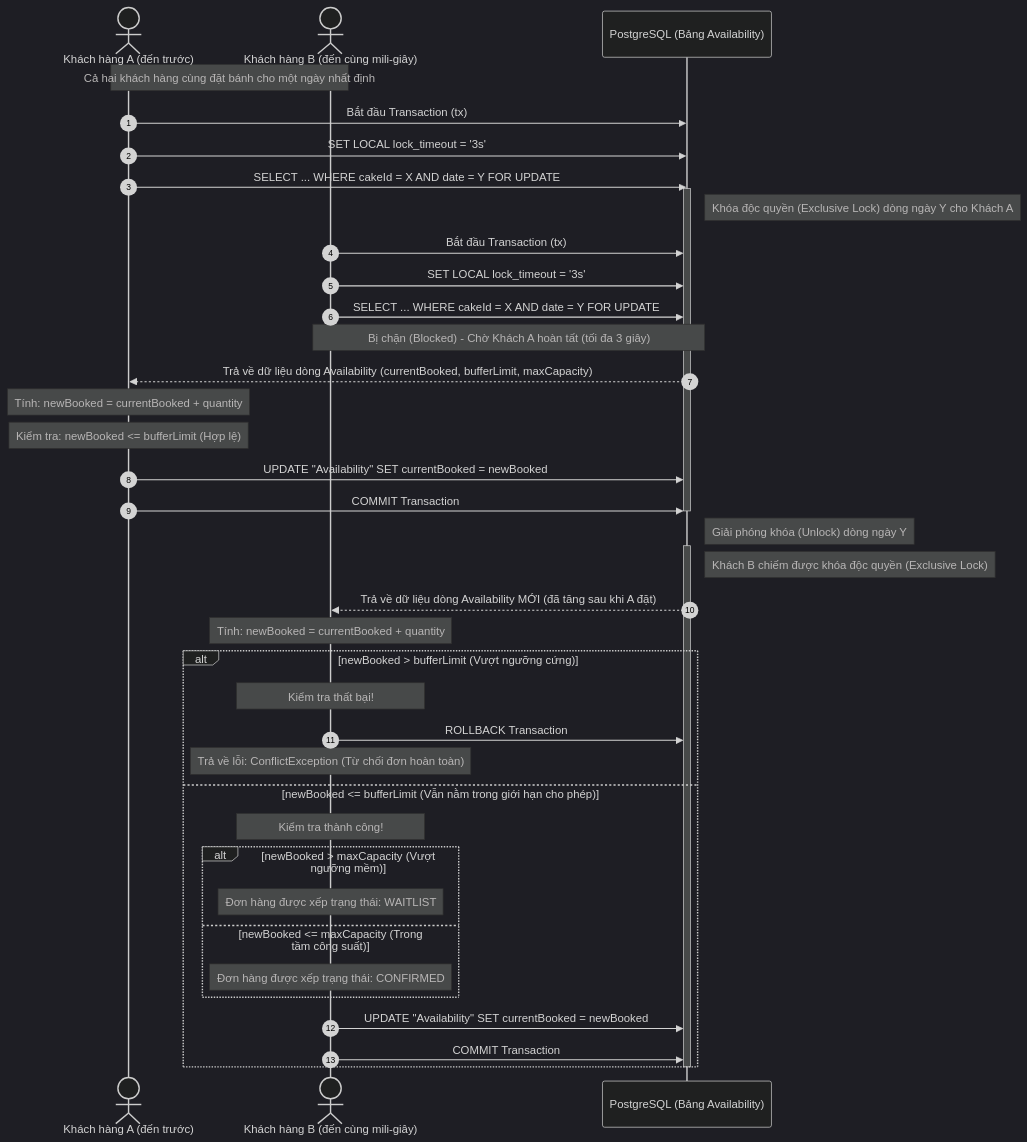
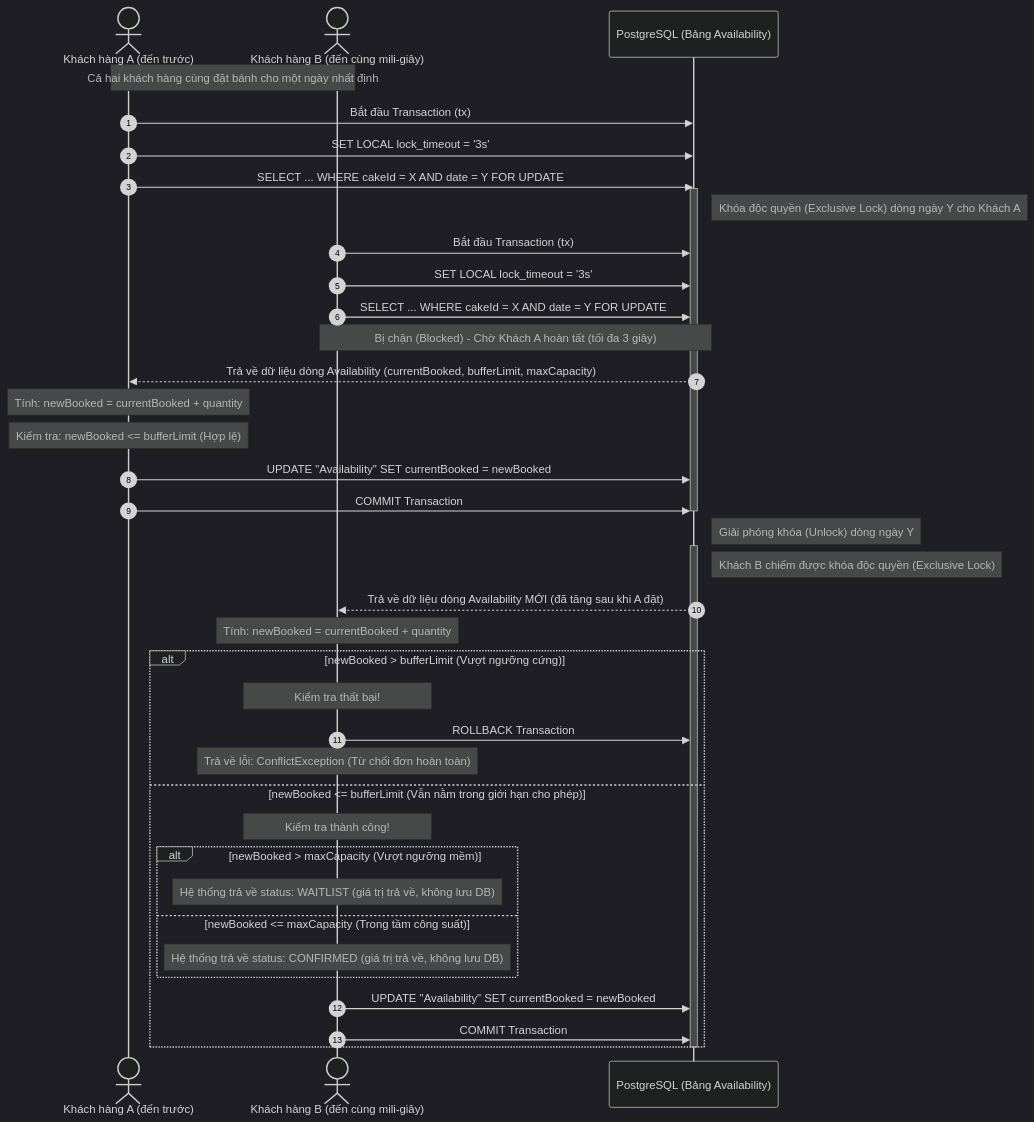
Before and after one commit to N4thh/banh-pia-pms-showcase: the diagram in docs/ADR/records/001-concurrency-control/001-concurrency-control-vi.md, drawn with Mermaid (dark theme). The commit also changed other lines of this file and 13 other files, not shown here.

````diff
--- a/docs/ADR/records/001-concurrency-control/001-concurrency-control-vi.md
+++ b/docs/ADR/records/001-concurrency-control/001-concurrency-control-vi.md
@@ -39,53 +37,53 @@
 ```mermaid
 sequenceDiagram
     autonumber
     actor A as Khách hàng A (đến trước)
     actor B as Khách hàng B (đến cùng mili-giây)
     participant DB as PostgreSQL (Bảng Availability)
 
     note over A, B: Cả hai khách hàng cùng đặt bánh cho một ngày nhất định
 
     %% Khách A bắt đầu chiếm chỗ
     A->>DB: Bắt đầu Transaction (tx)
     A->>DB: SET LOCAL lock_timeout = '3s'
     A->>DB: SELECT ... WHERE cakeId = X AND date = Y FOR UPDATE
     activate DB
     note right of DB: Khóa độc quyền (Exclusive Lock) dòng ngày Y cho Khách A
 
     %% Khách B cố gắng lock dòng đó và bị block
     B->>DB: Bắt đầu Transaction (tx)
     B->>DB: SET LOCAL lock_timeout = '3s'
     B->>DB: SELECT ... WHERE cakeId = X AND date = Y FOR UPDATE
     note over B, DB: Bị chặn (Blocked) - Chờ Khách A hoàn tất (tối đa 3 giây)
 
     %% Khách A tiếp tục thực thi logic
     DB-->>A: Trả về dữ liệu dòng Availability (currentBooked, bufferLimit, maxCapacity)
     note over A: Tính: newBooked = currentBooked + quantity
     note over A: Kiểm tra: newBooked <= bufferLimit (Hợp lệ)
     A->>DB: UPDATE "Availability" SET currentBooked = newBooked
     A->>DB: COMMIT Transaction
     deactivate DB
     note right of DB: Giải phóng khóa (Unlock) dòng ngày Y
 
     %% Khách B được đánh thức và tiếp nhận khóa
     activate DB
     note right of DB: Khách B chiếm được khóa độc quyền (Exclusive Lock)
     DB-->>B: Trả về dữ liệu dòng Availability MỚI (đã tăng sau khi A đặt)
     note over B: Tính: newBooked = currentBooked + quantity
 
     alt newBooked > bufferLimit (Vượt ngưỡng cứng)
         note over B: Kiểm tra thất bại!
         B->>DB: ROLLBACK Transaction
         note over B: Trả về lỗi: ConflictException (Từ chối đơn hoàn toàn)
     else newBooked <= bufferLimit (Vẫn nằm trong giới hạn cho phép)
         note over B: Kiểm tra thành công!
         alt newBooked > maxCapacity (Vượt ngưỡng mềm)
-            note over B: Đơn hàng được xếp trạng thái: WAITLIST
+            note over B: Hệ thống trả về status: WAITLIST (giá trị trả về, không lưu DB)
         else newBooked <= maxCapacity (Trong tầm công suất)
-            note over B: Đơn hàng được xếp trạng thái: CONFIRMED
+            note over B: Hệ thống trả về status: CONFIRMED (giá trị trả về, không lưu DB)
         end
         B->>DB: UPDATE "Availability" SET currentBooked = newBooked
         B->>DB: COMMIT Transaction
     end
     deactivate DB
 ```
````
